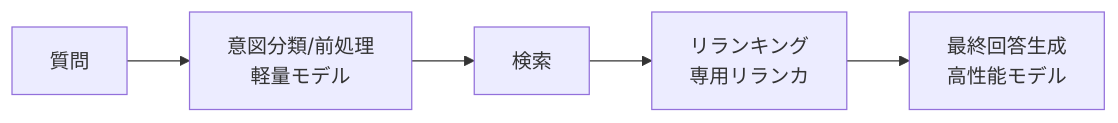
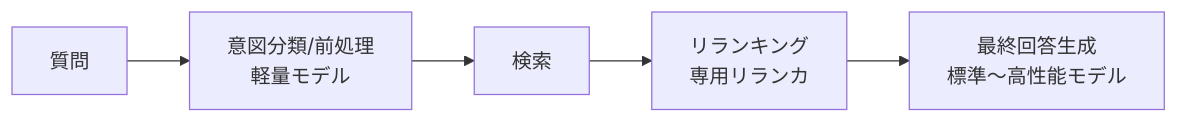
One commit to mike-sugimoto/ai-tech-notes changed the fourth of 6 diagrams in src/content/docs/cost-roi/optimization.md. Above: the diagram before and after it, drawn with Mermaid. The commit also changed other lines of this file and 4 other files, not shown here.

````diff
--- a/src/content/docs/cost-roi/optimization.md
+++ b/src/content/docs/cost-roi/optimization.md
@@ -116,7 +179,7 @@
 ```mermaid
 flowchart LR
     Q[質問] --> CLS[意図分類/前処理<br/>軽量モデル]
     CLS --> RET[検索]
     RET --> RR[リランキング<br/>専用リランカ]
-    RR --> GEN[最終回答生成<br/>高性能モデル]
+    RR --> GEN[最終回答生成<br/>標準〜高性能モデル]
 ```
````
